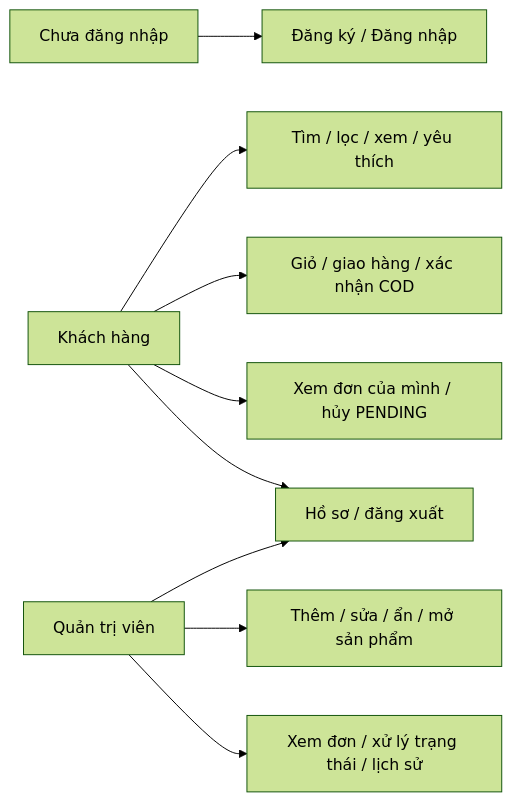
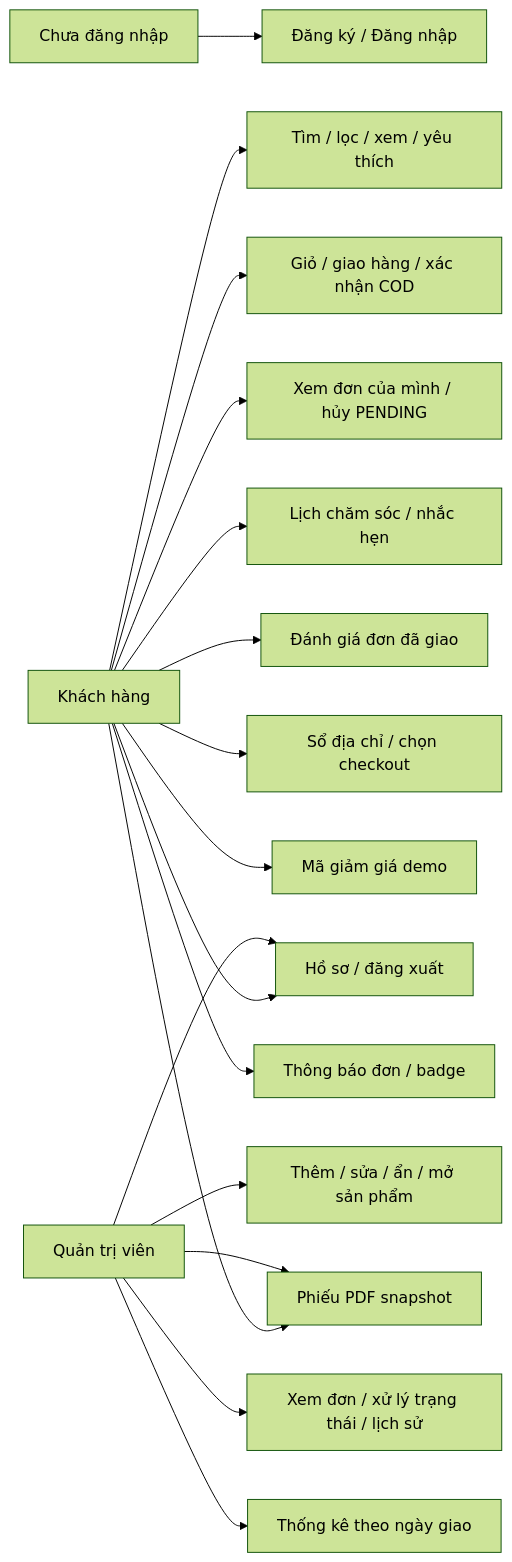
The first of 7 diagrams in deliverables/docs/bao-cao/so-do.md (tdn1997/bloomy-beauty), drawn with Mermaid (forest theme) before and after one commit. The commit also changed other lines of this file and 715 other files, not shown here.

````diff
--- a/deliverables/docs/bao-cao/so-do.md
+++ b/deliverables/docs/bao-cao/so-do.md
@@ -9,11 +9,19 @@
 ```mermaid
 flowchart LR
     Guest[Chưa đăng nhập] --> Auth[Đăng ký / Đăng nhập]
     Customer[Khách hàng] --> Browse[Tìm / lọc / xem / yêu thích]
     Customer --> Cart[Giỏ / giao hàng / xác nhận COD]
     Customer --> History[Xem đơn của mình / hủy PENDING]
     Customer --> Profile[Hồ sơ / đăng xuất]
+    Customer --> Care[Lịch chăm sóc / nhắc hẹn]
     Admin[Quản trị viên] --> Product[Thêm / sửa / ẩn / mở sản phẩm]
     Admin --> Order[Xem đơn / xử lý trạng thái / lịch sử]
+    Customer --> Review[Đánh giá đơn đã giao]
+    Customer --> Address[Sổ địa chỉ / chọn checkout]
+    Customer --> Coupon[Mã giảm giá demo]
+    Customer --> PDF[Phiếu PDF snapshot]
+    Customer --> Inbox[Thông báo đơn / badge]
+    Admin --> PDF
+    Admin --> Stats[Thống kê theo ngày giao]
     Admin --> Profile
 ```
````
